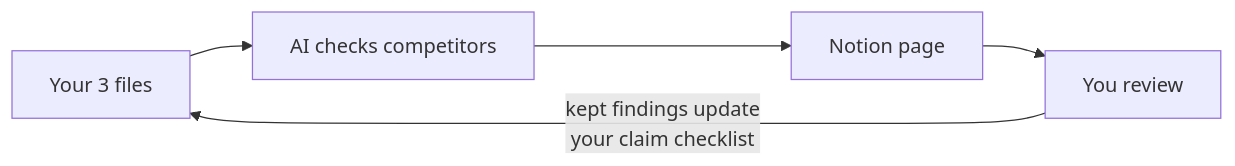
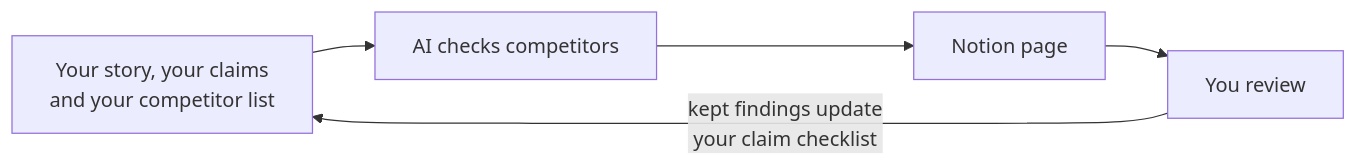
One commit to yannisasimako/competitor-watch changed the diagram in README.md. Above: the diagram before and after it, drawn with Mermaid.

Commit message:
Name the three files in the flow diagram

````diff
--- a/README.md
+++ b/README.md
@@ -22,7 +22,7 @@
 ```mermaid
 flowchart LR
-    A[Your 3 files] --> B[AI checks competitors]
+    A[Your story, your claims<br>and your competitor list] --> B[AI checks competitors]
     B --> C[Notion page]
     C --> D[You review]
     D -->|kept findings update<br>your claim checklist| A
 ```
````
